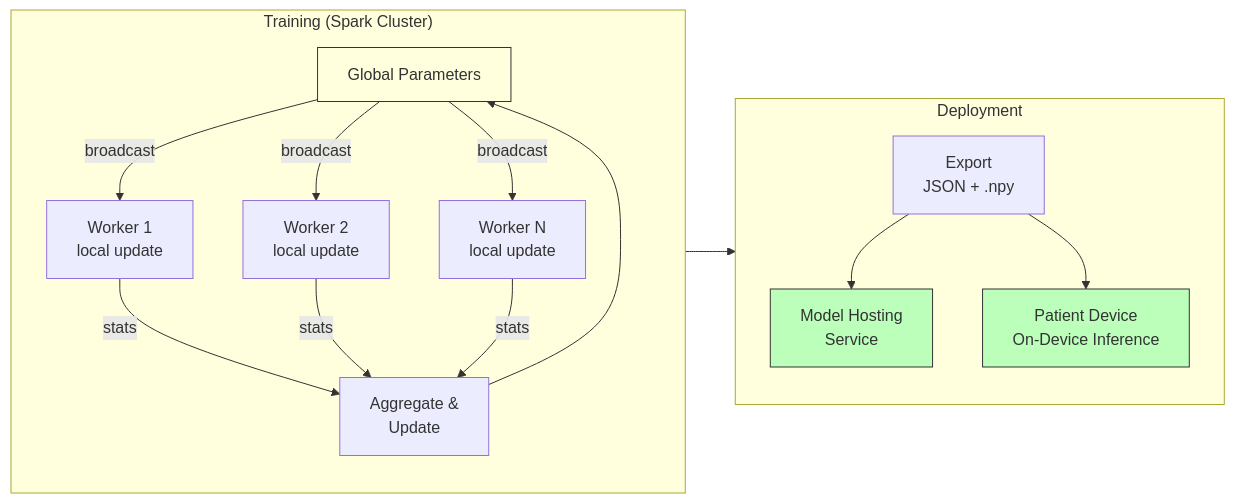
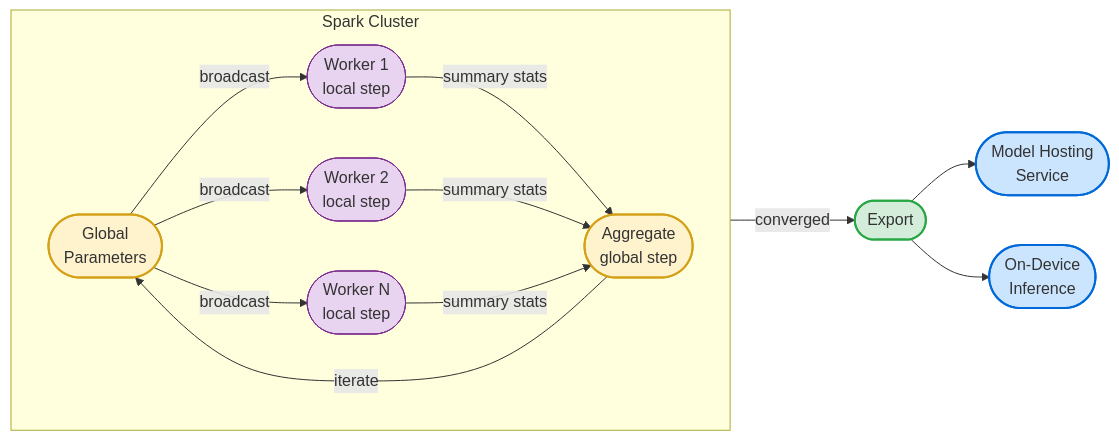
Before and after one commit to oneilsh/topic-state-space-modeling: the third of 3 diagrams in README.md, drawn with Mermaid. The commit also changed other lines of this file and 5 other files, not shown here.

````diff
--- a/README.md
+++ b/README.md
@@ -58,25 +112,26 @@
 ```mermaid
 graph LR
-    subgraph "Training (Spark Cluster)"
-        direction TB
-        G["Global Parameters"] -->|broadcast| W1["Worker 1<br/>local update"]
-        G -->|broadcast| W2["Worker 2<br/>local update"]
-        G -->|broadcast| W3["Worker N<br/>local update"]
-        W1 -->|stats| AG["Aggregate &<br/>Update"]
-        W2 -->|stats| AG
-        W3 -->|stats| AG
-        AG --> G
+    subgraph CLUSTER ["Spark Cluster"]
+        direction LR
+        G(["Global<br/>Parameters"]) -->|broadcast| W1(["Worker 1<br/>local step"])
+        G -->|broadcast| W2(["Worker 2<br/>local step"])
+        G -->|broadcast| WN(["Worker N<br/>local step"])
+        W1 -->|summary stats| AG(["Aggregate<br/>global step"])
+        W2 -->|summary stats| AG
+        WN -->|summary stats| AG
+        AG -->|iterate| G
     end
 
-    subgraph "Deployment"
-        direction TB
-        EX["Export<br/>JSON + .npy"] --> MH["Model Hosting<br/>Service"]
-        EX --> PH["Patient Device<br/>On-Device Inference"]
-    end
+    AG -->|converged| EX(["Export"])
+    EX --> MH(["Model Hosting<br/>Service"])
+    EX --> PH(["On-Device<br/>Inference"])
 
-    AG --> EX
-
-    style G fill:#ffd,stroke:#333
-    style MH fill:#bfb,stroke:#333
-    style PH fill:#bfb,stroke:#333
+    style G fill:#fff3cd,stroke:#d4a017,stroke-width:2px
+    style AG fill:#fff3cd,stroke:#d4a017,stroke-width:2px
+    style W1 fill:#e8d4f0,stroke:#7b2d8e,stroke-width:1px
+    style W2 fill:#e8d4f0,stroke:#7b2d8e,stroke-width:1px
+    style WN fill:#e8d4f0,stroke:#7b2d8e,stroke-width:1px
+    style EX fill:#d4edda,stroke:#28a745,stroke-width:2px
+    style MH fill:#cce5ff,stroke:#0069d9,stroke-width:2px
+    style PH fill:#cce5ff,stroke:#0069d9,stroke-width:2px
 ```
````
